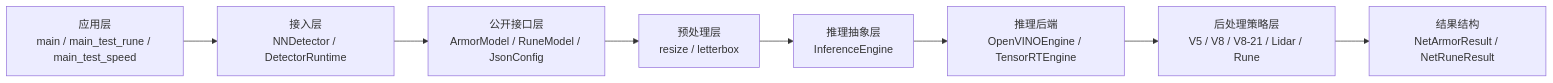
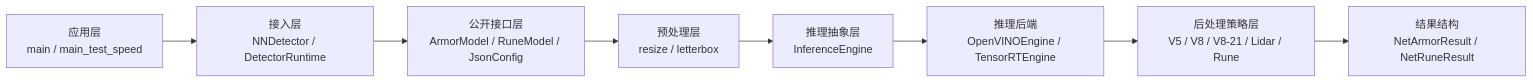
The second of 3 diagrams in README.md (SZURPVision/26_NNDeployment_Lib_and_Detection_Models), drawn with Mermaid before and after one commit. The commit also changed other lines of this file and 5 other files, not shown here.

````diff
--- a/README.md
+++ b/README.md
@@ -295,13 +363,13 @@
 ```mermaid
 flowchart LR
-    A[应用层<br/>main / main_test_rune / main_test_speed]
+    A[应用层<br/>main / main_test_speed]
     B[接入层<br/>NNDetector / DetectorRuntime]
     C[公开接口层<br/>ArmorModel / RuneModel / JsonConfig]
     D[预处理层<br/>resize / letterbox]
     E[推理抽象层<br/>InferenceEngine]
     F[推理后端<br/>OpenVINOEngine / TensorRTEngine]
     G[后处理策略层<br/>V5 / V8 / V8-21 / Lidar / Rune]
     H[结果结构<br/>NetArmorResult / NetRuneResult]
 
     A --> B --> C --> D --> E --> F --> G --> H
 ```
````
